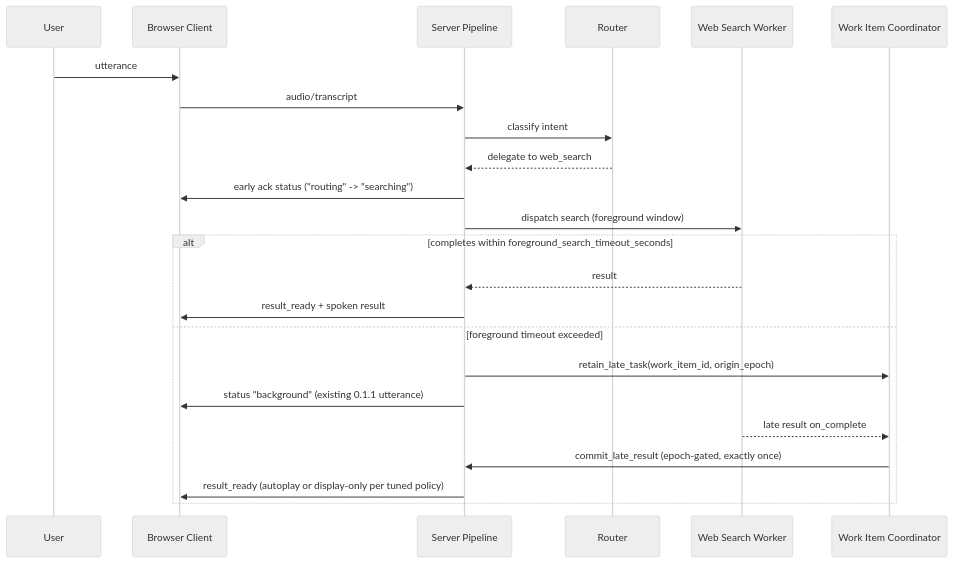
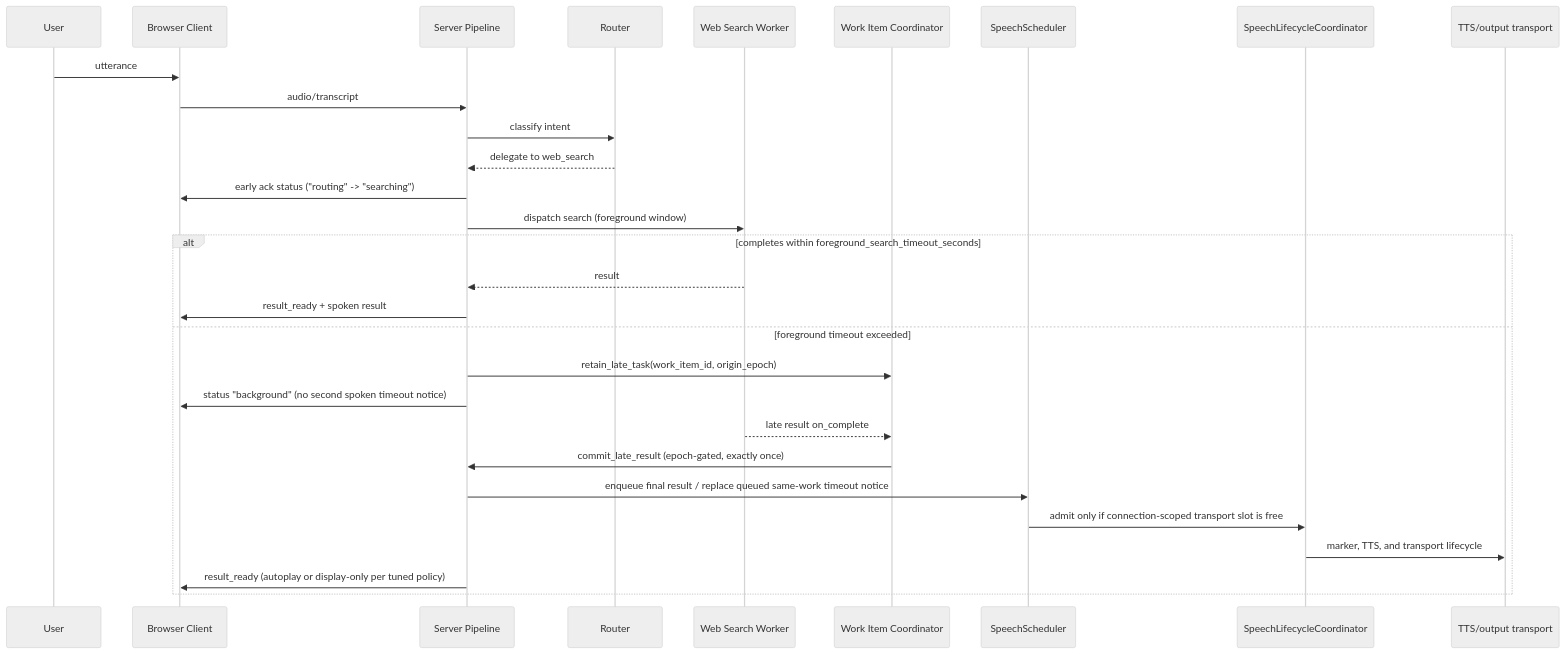
Before and after one commit to vr000m/pipecat-subagents-lab: the second of 2 diagrams in docs/dev_plans/20260728-feature-early-ack-background-delivery-v0.1.3.md, drawn with Mermaid (neutral theme). The commit also changed other lines of this file, not shown here.

Commit message:
docs: align v0.1.3 plan with transport lifecycle

````diff
--- a/docs/dev_plans/20260728-feature-early-ack-background-delivery-v0.1.3.md
+++ b/docs/dev_plans/20260728-feature-early-ack-background-delivery-v0.1.3.md
@@ -47,26 +50,32 @@
 ```mermaid
 sequenceDiagram
     participant U as User
     participant B as Browser Client
     participant P as Server Pipeline
     participant R as Router
     participant W as Web Search Worker
     participant C as Work Item Coordinator
+    participant S as SpeechScheduler
+    participant L as SpeechLifecycleCoordinator
+    participant O as TTS/output transport
 
     U->>B: utterance
     B->>P: audio/transcript
     P->>R: classify intent
     R-->>P: delegate to web_search
     P->>B: early ack status ("routing" -> "searching") 
     P->>W: dispatch search (foreground window)
     alt completes within foreground_search_timeout_seconds
         W-->>P: result
         P->>B: result_ready + spoken result
     else foreground timeout exceeded
         P->>C: retain_late_task(work_item_id, origin_epoch)
-        P->>B: status "background" (existing 0.1.1 utterance)
+        P->>B: status "background" (no second spoken timeout notice)
         W-->>C: late result on_complete
         C->>P: commit_late_result (epoch-gated, exactly once)
+        P->>S: enqueue final result / replace queued same-work timeout notice
+        S->>L: admit only if connection-scoped transport slot is free
+        L->>O: marker, TTS, and transport lifecycle
         P->>B: result_ready (autoplay or display-only per tuned policy)
     end
 ```
````
